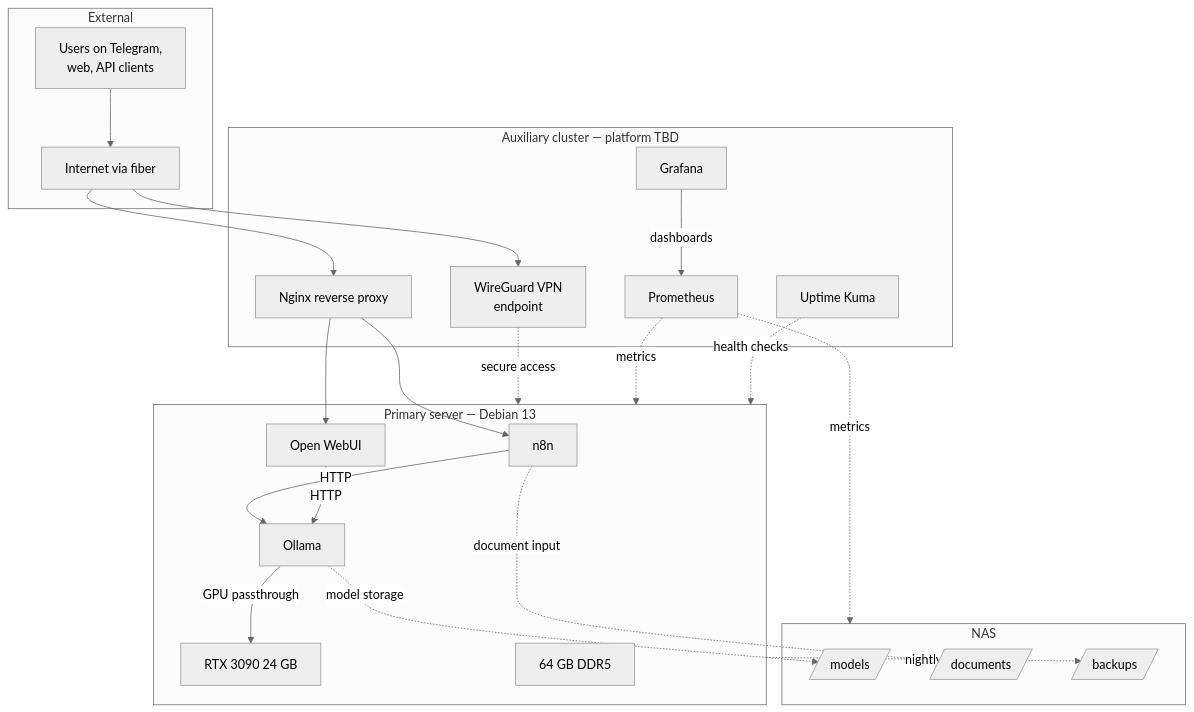
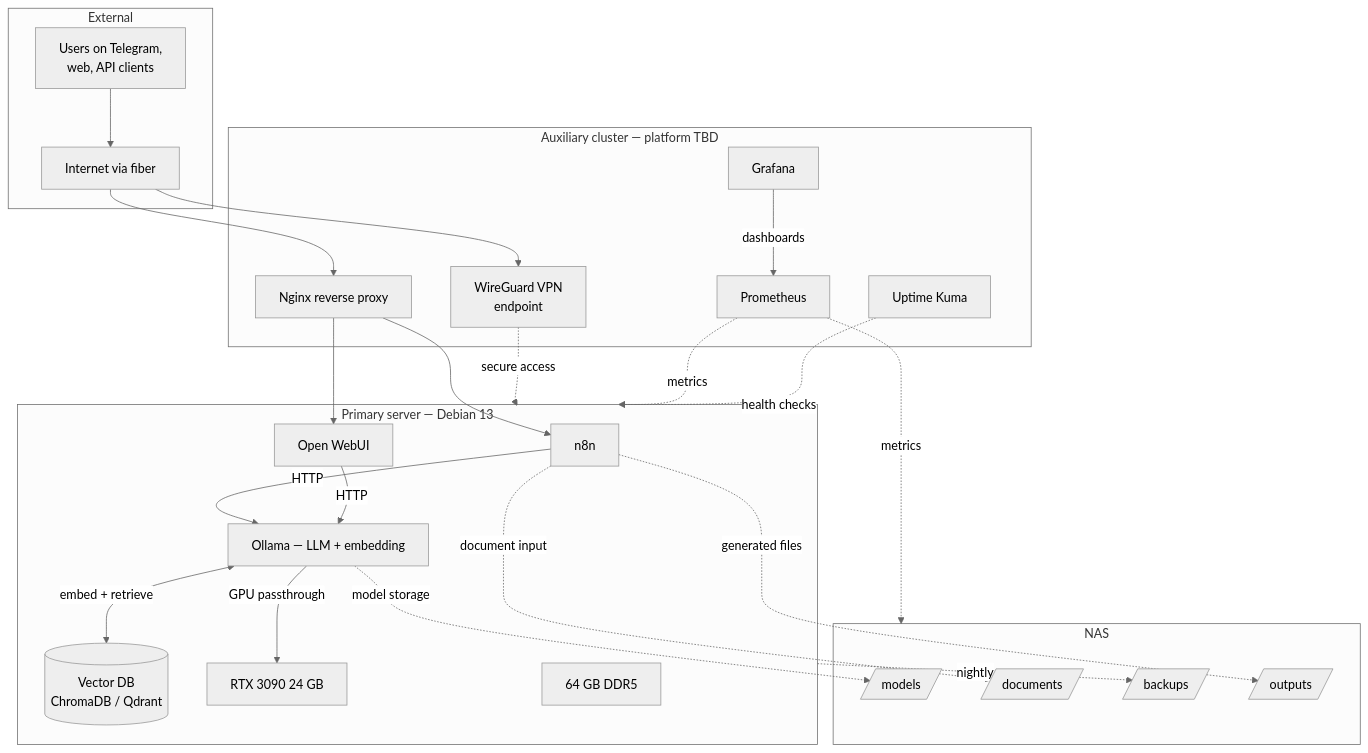
The third of 3 diagrams in docs/architecture.md (ADerqaoui/private-ai-server), drawn with Mermaid (neutral theme) before and after one commit. The commit also changed other lines of this file, not shown here.

First line of the commit message:
Update architecture.md

````diff
--- a/docs/architecture.md
+++ b/docs/architecture.md
@@ -54,46 +111,50 @@
 ```mermaid
 flowchart TB
     subgraph EXT["External"]
         USER2[Users on Telegram,<br/>web, API clients]
         INTERNET[Internet via fiber]
     end
 
     subgraph GATEWAY["Auxiliary cluster — platform TBD"]
         NGINX[Nginx reverse proxy]
         WG[WireGuard VPN<br/>endpoint]
         PROM[Prometheus]
         GRAFANA[Grafana]
         UPTIME[Uptime Kuma]
     end
 
     subgraph SERVER2["Primary server — Debian 13"]
         N8N2[n8n]
         OWUI2[Open WebUI]
-        OLLAMA2[Ollama]
+        OLLAMA2[Ollama — LLM + embedding]
+        VDB2[(Vector DB<br/>ChromaDB / Qdrant)]
         GPU2[RTX 3090 24 GB]
         RAM[64 GB DDR5]
     end
 
     subgraph STORAGE["NAS"]
         MODELS[/models/]
         DOCS[/documents/]
         BACKUPS[/backups/]
+        OUTPUTS[/outputs/]
     end
 
     USER2 --> INTERNET
     INTERNET --> NGINX
     INTERNET --> WG
     NGINX --> N8N2
     NGINX --> OWUI2
     WG -.->|secure access| SERVER2
     N8N2 -->|HTTP| OLLAMA2
     OWUI2 -->|HTTP| OLLAMA2
     OLLAMA2 -->|GPU passthrough| GPU2
+    OLLAMA2 <-->|embed + retrieve| VDB2
     OLLAMA2 -.->|model storage| MODELS
     N8N2 -.->|document input| DOCS
+    N8N2 -.->|generated files| OUTPUTS
     SERVER2 -.->|nightly| BACKUPS
     PROM -.->|metrics| SERVER2
     PROM -.->|metrics| STORAGE
     GRAFANA -->|dashboards| PROM
     UPTIME -.->|health checks| SERVER2
 ```
````
